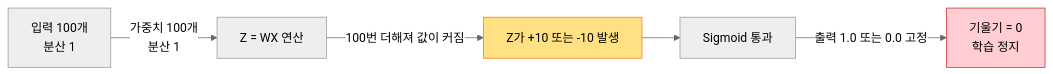
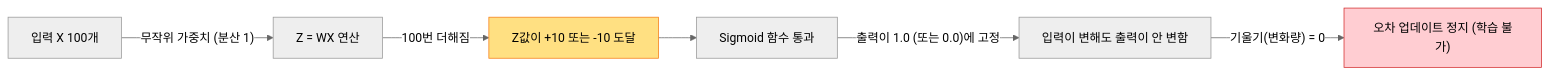
The second of 3 diagrams in Lesson 3_ High-Performance Deep Learning Networks/03_1_Weight_Initialization.md (shinwokkang/Deep-Learning-with-TensorFlow-Keras-and-PyTorch), drawn with Mermaid (neutral theme) before and after one commit. The commit also changed other lines of this file, not shown here.

Commit message:
docs: Completely rewrite 3.1 Weight Init for beginners, fix mermaid bugs, and add code examples

````diff
--- a/Lesson 3_ High-Performance Deep Learning Networks/03_1_Weight_Initialization.md
+++ b/Lesson 3_ High-Performance Deep Learning Networks/03_1_Weight_Initialization.md
@@ -69,9 +72,10 @@
 ```mermaid
 flowchart LR
-    A[입력 100개<br>분산 1] -->|가중치 100개<br>분산 1| Z[Z = WX 연산]
-    Z -->|100번 더해져 값이 커짐| B[Z가 +10 또는 -10 발생]
-    B --> C[Sigmoid 통과]
-    C -->|출력 1.0 또는 0.0 고정| D[기울기 = 0<br>학습 정지]
+    A["입력 X 100개"] --> |"무작위 가중치 (분산 1)"| Z["Z = WX 연산"]
+    Z --> |"100번 더해짐"| B["Z값이 +10 또는 -10 도달"]
+    B --> C["Sigmoid 함수 통과"]
+    C --> |"출력이 1.0 (또는 0.0)에 고정"| D["입력이 변해도 출력이 안 변함"]
+    D --> |"기울기(변화량) = 0"| E["오차 업데이트 정지 (학습 불가)"]
     style B fill:#ffe082,stroke:#f57f17
-    style D fill:#ffcdd2,stroke:#d32f2f
+    style E fill:#ffcdd2,stroke:#d32f2f
 ```
````
